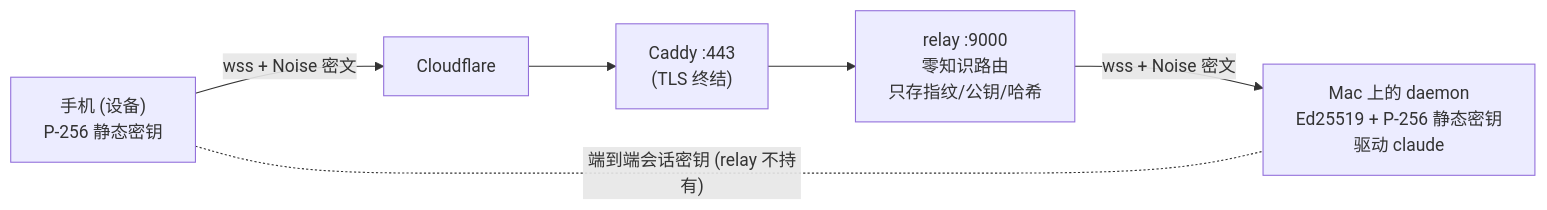
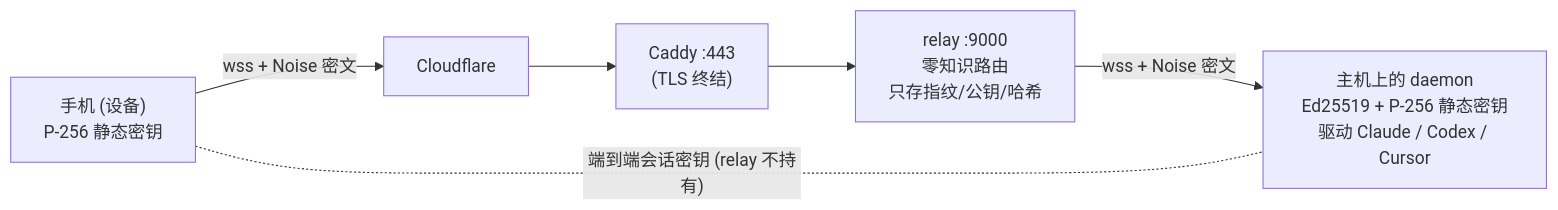
One commit to heypandax/cc-pocket changed the diagram in docs/SECURITY.md. Above: the diagram before and after it, drawn with Mermaid. The commit also changed other lines of this file and 20 other files, not shown here.

````diff
--- a/docs/SECURITY.md
+++ b/docs/SECURITY.md
@@ -11,8 +11,8 @@
 ```mermaid
 flowchart LR
     Phone["手机 (设备)<br/>P-256 静态密钥"] -- "wss + Noise 密文" --> CF[Cloudflare]
     CF --> Caddy["Caddy :443<br/>(TLS 终结)"]
     Caddy --> Relay["relay :9000<br/>零知识路由<br/>只存指纹/公钥/哈希"]
-    Relay -- "wss + Noise 密文" --> Daemon["Mac 上的 daemon<br/>Ed25519 + P-256 静态密钥<br/>驱动 claude"]
+    Relay -- "wss + Noise 密文" --> Daemon["主机上的 daemon<br/>Ed25519 + P-256 静态密钥<br/>驱动 Claude / Codex / Cursor"]
     Phone -. "端到端会话密钥 (relay 不持有)" .- Daemon
 ```
````
